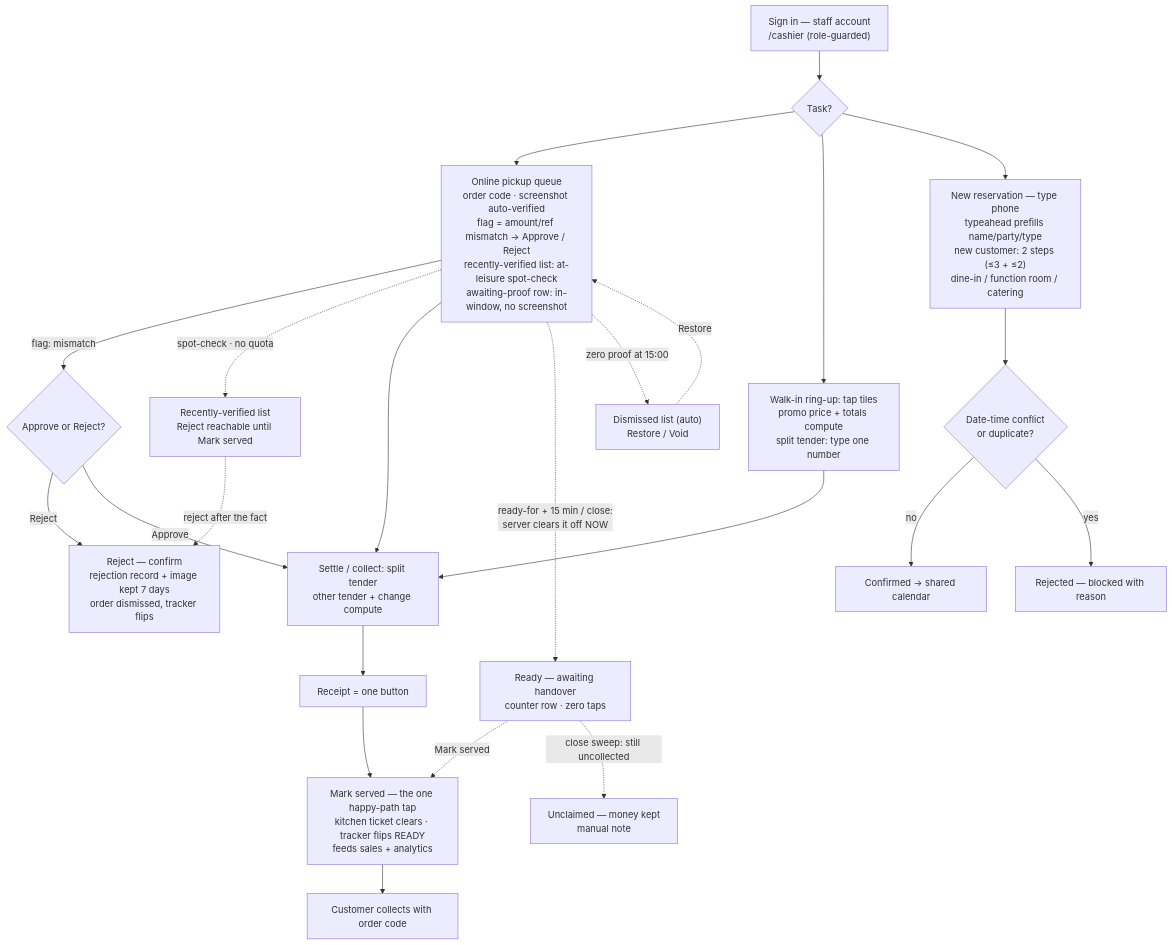
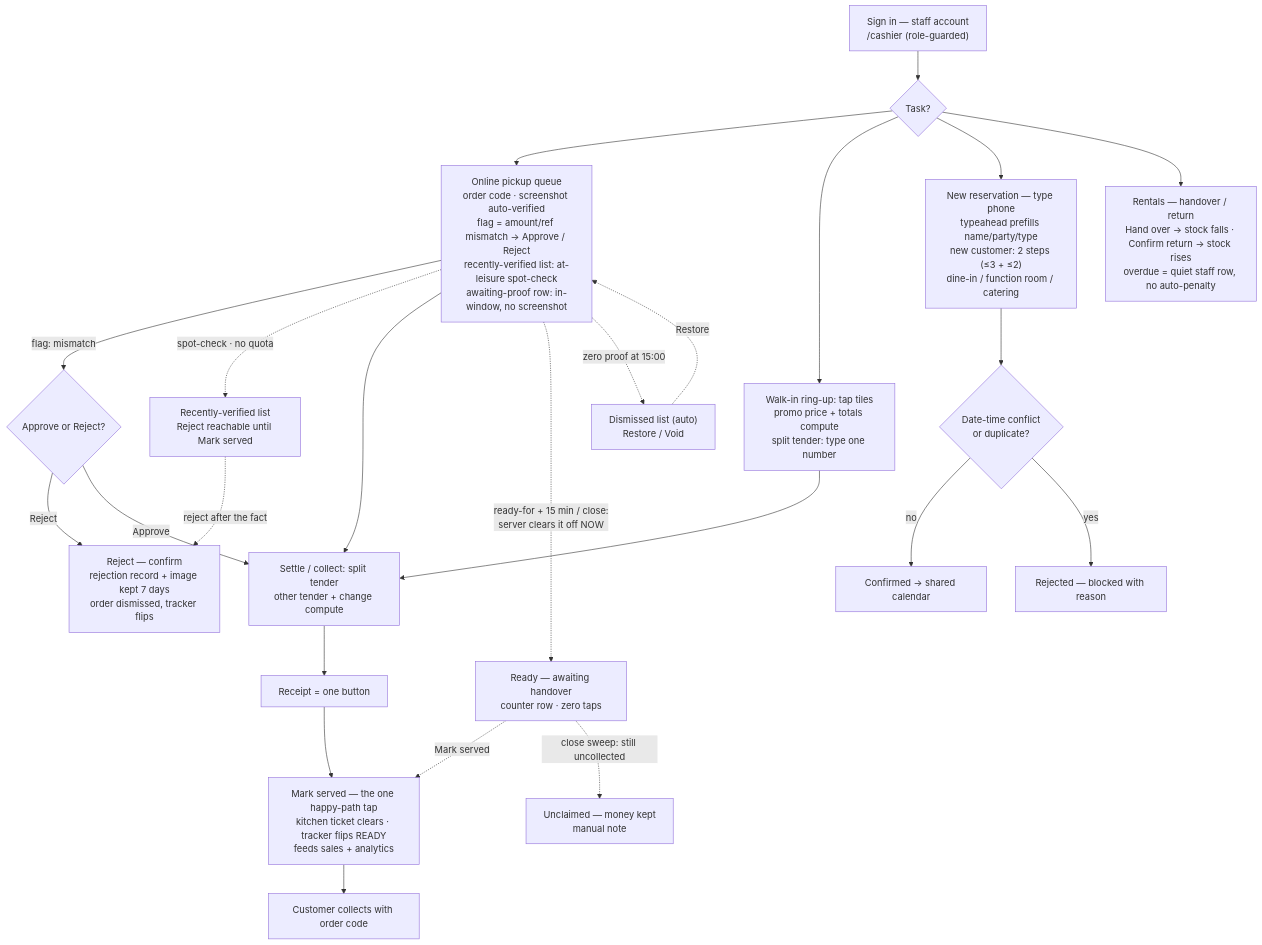
Before and after one commit to S1NXIAN/CRNP: the diagram in docs/flow-charts/cashier.md, drawn with Mermaid. The commit also changed 6 other files, not shown here.

````diff
--- a/docs/flow-charts/cashier.md
+++ b/docs/flow-charts/cashier.md
@@ -7,25 +7,26 @@
 ```mermaid
 flowchart TD
     A["Sign in — staff account<br/>/cashier (role-guarded)"] --> B{"Task?"}
     B --> C["Online pickup queue<br/>order code · screenshot auto-verified<br/>flag = amount/ref mismatch → Approve / Reject<br/>recently-verified list: at-leisure spot-check<br/>awaiting-proof row: in-window, no screenshot"]
     B --> D["Walk-in ring-up: tap tiles<br/>promo price + totals compute<br/>split tender: type one number"]
     B --> E["New reservation — type phone<br/>typeahead prefills name/party/type<br/>new customer: 2 steps (≤3 + ≤2)<br/>dine-in / function room / catering"]
+    B --> Y["Rentals — handover / return<br/>Hand over → stock falls · Confirm return → stock rises<br/>overdue = quiet staff row, no auto-penalty"]
     C -->|"flag: mismatch"| V{"Approve or Reject?"}
     V -->|"Reject"| R["Reject — confirm<br/>rejection record + image kept 7 days<br/>order dismissed, tracker flips"]
     V -->|"Approve"| F
     C -.->|"spot-check · no quota"| SV["Recently-verified list<br/>Reject reachable until Mark served"]
     SV -.->|"reject after the fact"| R
     C --> F["Settle / collect: split tender<br/>other tender + change compute"]
     D --> F
     F --> G["Receipt = one button"]
     G --> H["Mark served — the one happy-path tap<br/>kitchen ticket clears · tracker flips READY<br/>feeds sales + analytics"]
     H --> I["Customer collects with order code"]
     C -.->|"ready-for + 15 min / close:<br/>server clears it off NOW"| W["Ready — awaiting handover<br/>counter row · zero taps"]
     W -.->|"Mark served"| H
     W -.->|"close sweep: still uncollected"| U["Unclaimed — money kept<br/>manual note"]
     C -.->|"zero proof at 15:00"| X["Dismissed list (auto)<br/>Restore / Void"]
     X -.->|"Restore"| C
     E --> J{"Date-time conflict<br/>or duplicate?"}
     J -->|"no"| K["Confirmed → shared calendar"]
     J -->|"yes"| L["Rejected — blocked with reason"]
 ```
````
